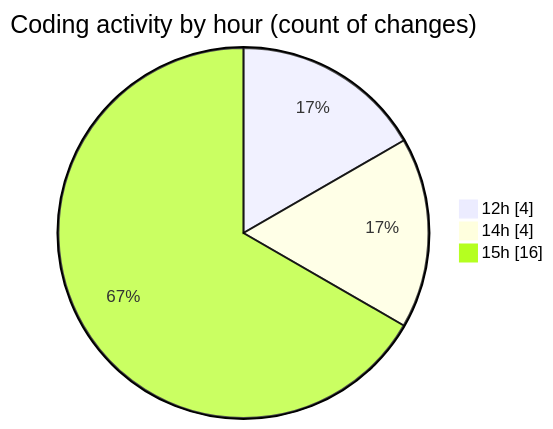
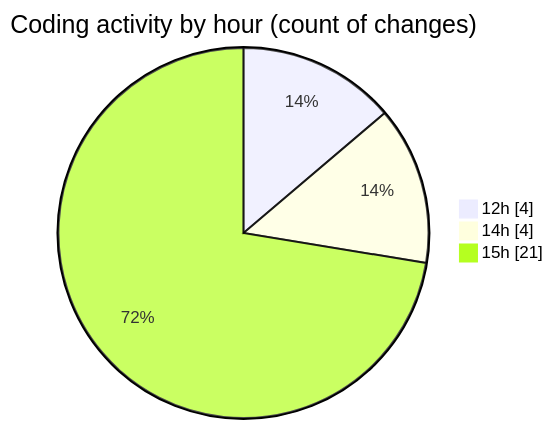
The second of 2 diagrams in 2025-05-21/nxtqube_webapp/README.md (nxtqubesakshisongat/code-tracking), drawn with Mermaid before and after one commit. The commit also changed other lines of this file and 1 other file, not shown here.

````diff
--- a/2025-05-21/nxtqube_webapp/README.md
+++ b/2025-05-21/nxtqube_webapp/README.md
@@ -33,7 +33,7 @@
 ```mermaid
 pie showData
 title Coding activity by hour (count of changes)
 "12h" : 4
 "14h" : 4
-"15h" : 16
+"15h" : 21
 ```
````
